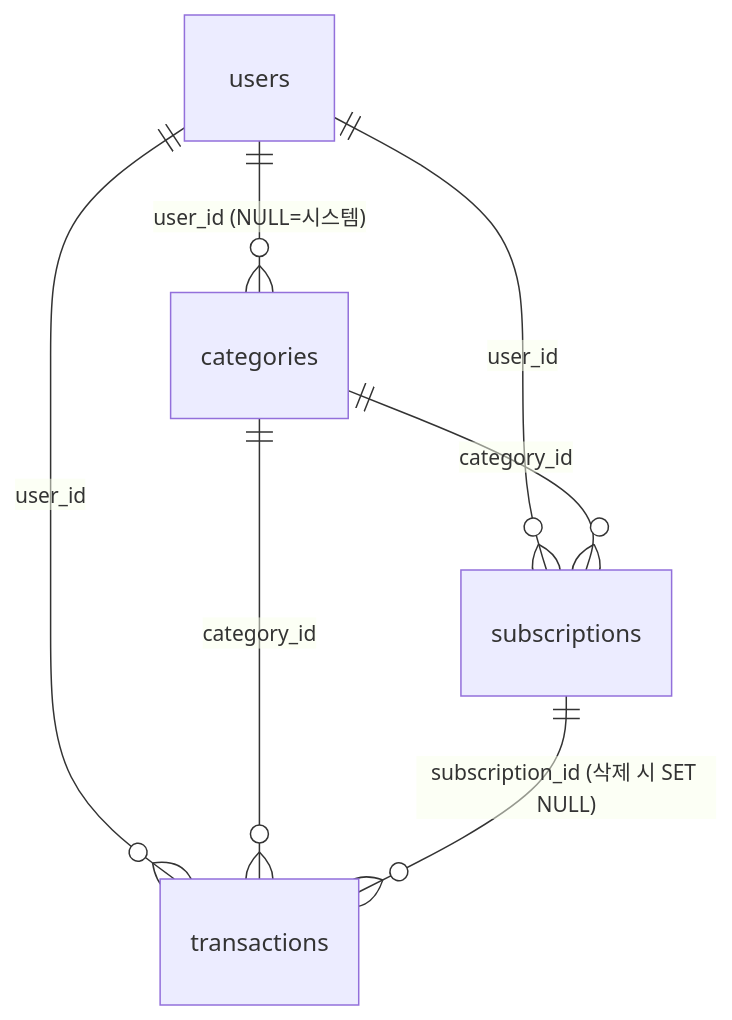
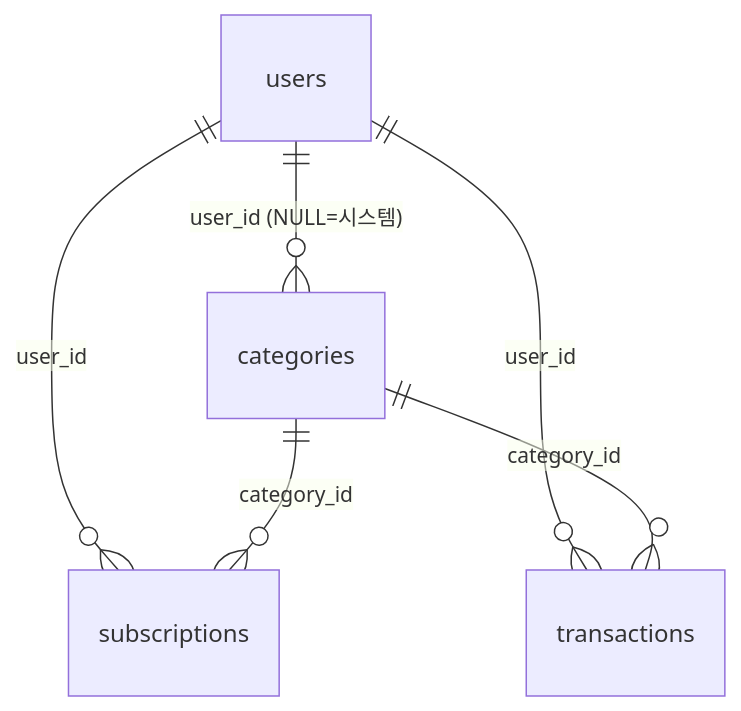
Before and after one commit to hjcha2648/ledger-app: the diagram in docs/db-design.md, drawn with Mermaid. The commit also changed other lines of this file and 3 other files, not shown here.

````diff
--- a/docs/db-design.md
+++ b/docs/db-design.md
@@ -19,9 +20,8 @@
 ```mermaid
 erDiagram
   users ||--o{ categories : "user_id (NULL=시스템)"
   users ||--o{ subscriptions : "user_id"
   users ||--o{ transactions : "user_id"
   categories ||--o{ subscriptions : "category_id"
   categories ||--o{ transactions : "category_id"
-  subscriptions ||--o{ transactions : "subscription_id (삭제 시 SET NULL)"
 ```
````
